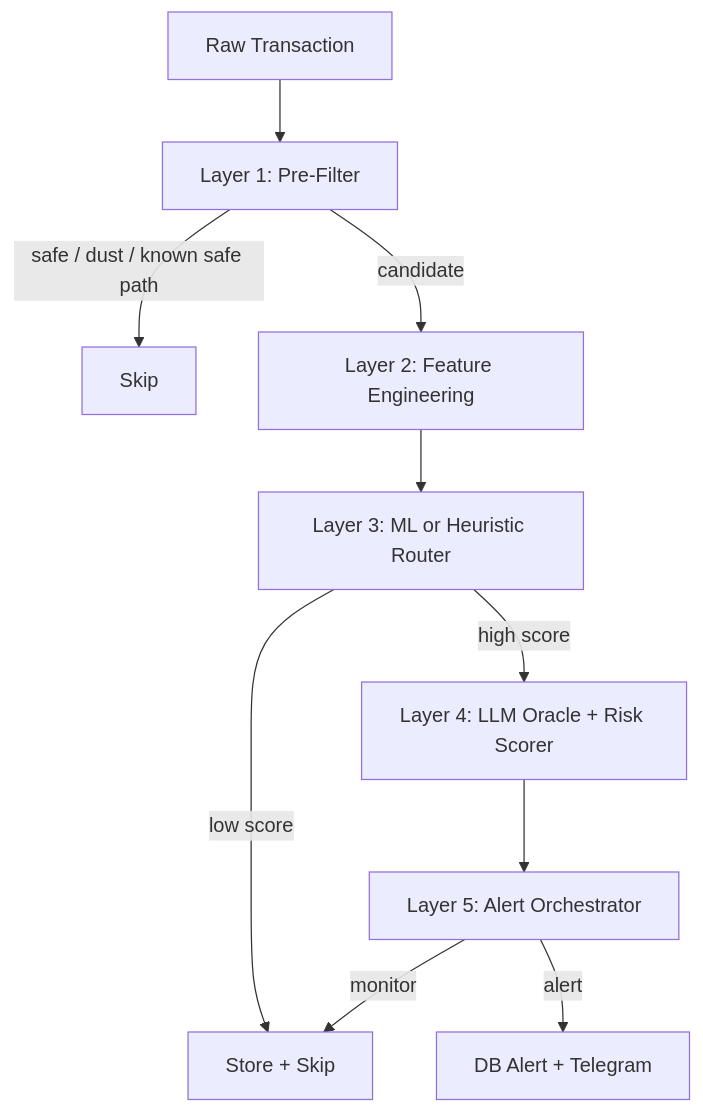
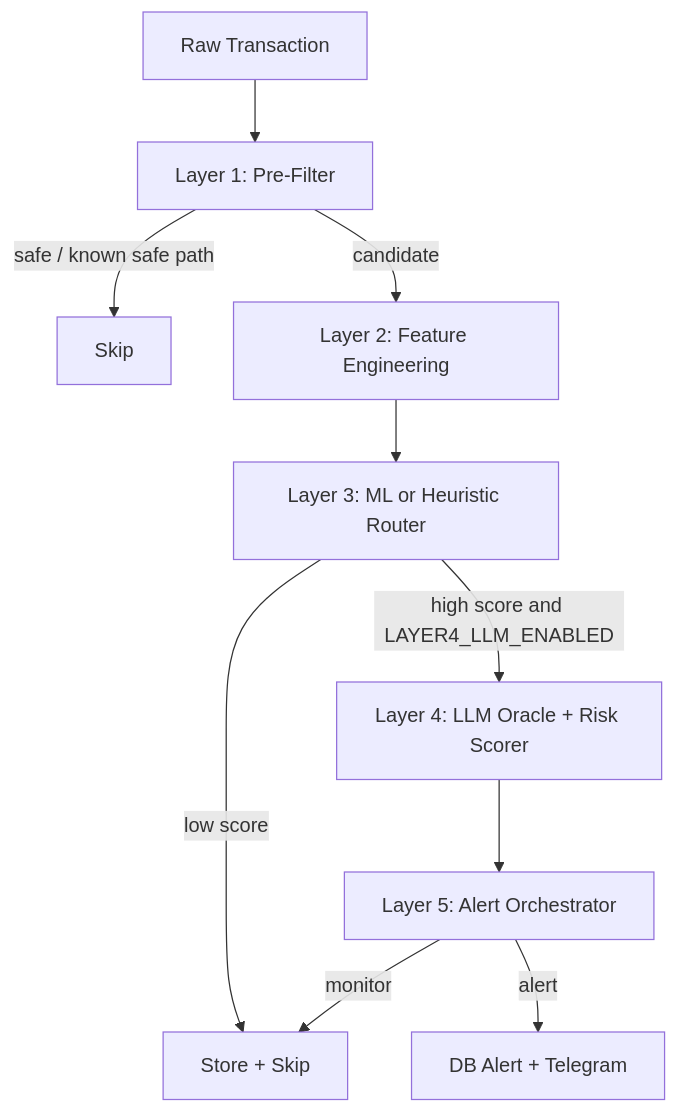
The third of 6 diagrams in README.md (hasansazly/Talosly-startup), drawn with Mermaid before and after one commit. The commit also changed other lines of this file and 2 other files, not shown here.

````diff
--- a/README.md
+++ b/README.md
@@ -143,12 +147,12 @@
 ```mermaid
 flowchart TD
   Tx[Raw Transaction] --> L1[Layer 1: Pre-Filter]
-  L1 -->|safe / dust / known safe path| Skip[Skip]
+  L1 -->|safe / known safe path| Skip[Skip]
   L1 -->|candidate| L2[Layer 2: Feature Engineering]
   L2 --> L3[Layer 3: ML or Heuristic Router]
   L3 -->|low score| Store[Store + Skip]
-  L3 -->|high score| L4[Layer 4: LLM Oracle + Risk Scorer]
+  L3 -->|high score and LAYER4_LLM_ENABLED| L4[Layer 4: LLM Oracle + Risk Scorer]
   L4 --> L5[Layer 5: Alert Orchestrator]
   L5 -->|monitor| Store
   L5 -->|alert| Alert[DB Alert + Telegram]
 ```
````
